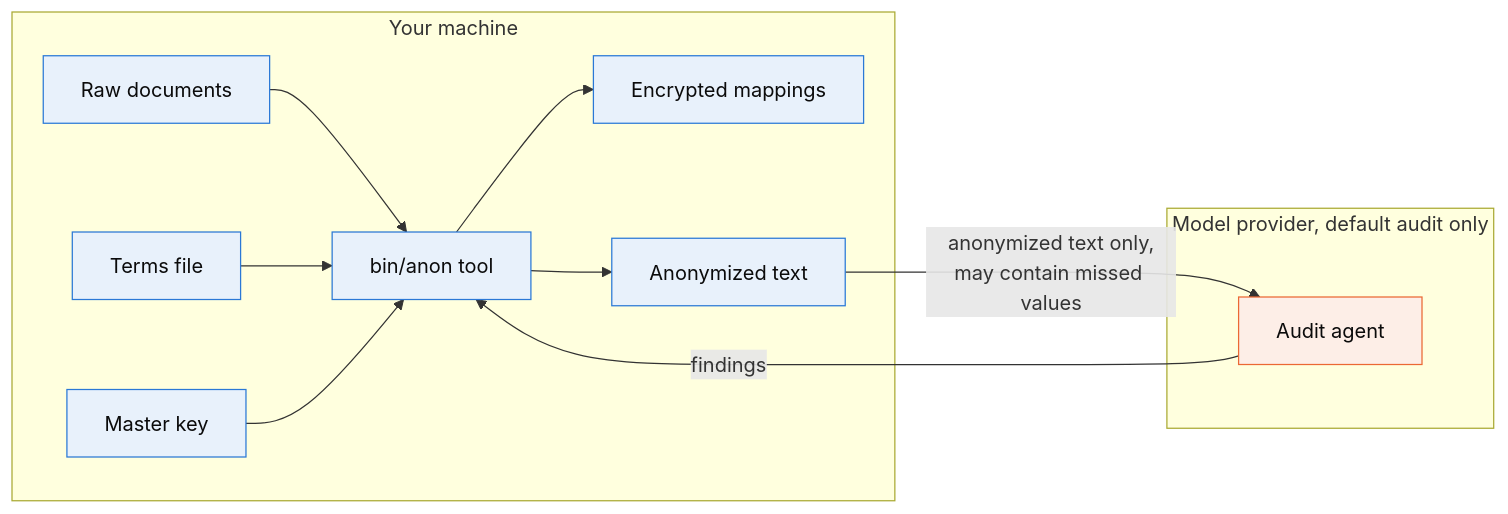
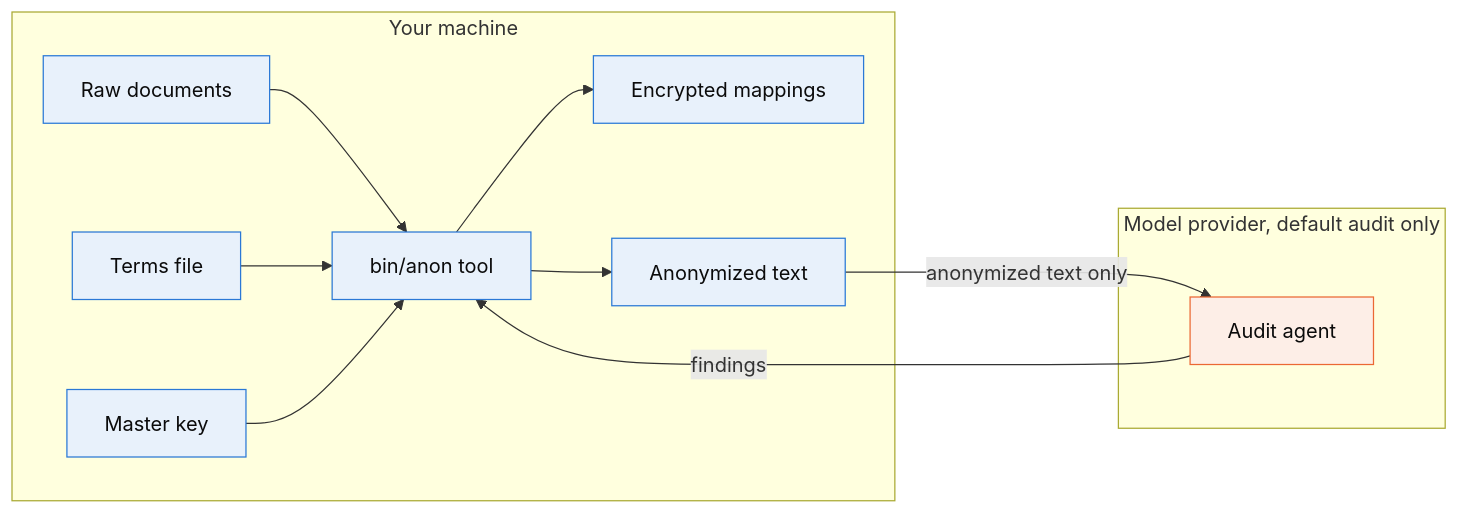
The diagram in docs/figures/data-boundary.mmd (jon-chun/hrf_2026_hack-and-tell_anonymizer), drawn with Mermaid before and after one commit. The commit also changed 30 other files, not shown here.

```diff
--- a/docs/figures/data-boundary.mmd
+++ b/docs/figures/data-boundary.mmd
@@ -1,25 +1,25 @@
 graph LR
   subgraph M[Your machine]
     R[Raw documents]
     T[Terms file]
     K[Master key]
     V[Encrypted mappings]
     C[bin/anon tool]
     O[Anonymized text]
     R --> C
     T --> C
     K --> C
     C --> V
     C --> O
   end
   subgraph P[Model provider, default audit only]
     Q[Audit agent]
   end
-  O -->|anonymized text only,<br/>may contain missed values| Q
+  O -->|anonymized text only| Q
   Q -->|findings| C
   class R,T,K,V,C,O local
   class Q provider
   classDef local fill:#e8f1fb,stroke:#2a78d6,color:#0b0b0b
   classDef provider fill:#fdeee7,stroke:#eb6834,color:#0b0b0b
   classDef human fill:#e5f6f0,stroke:#1baf7a,color:#0b0b0b
   classDef neutral fill:#f4f3f0,stroke:#8a8983,color:#0b0b0b
```
